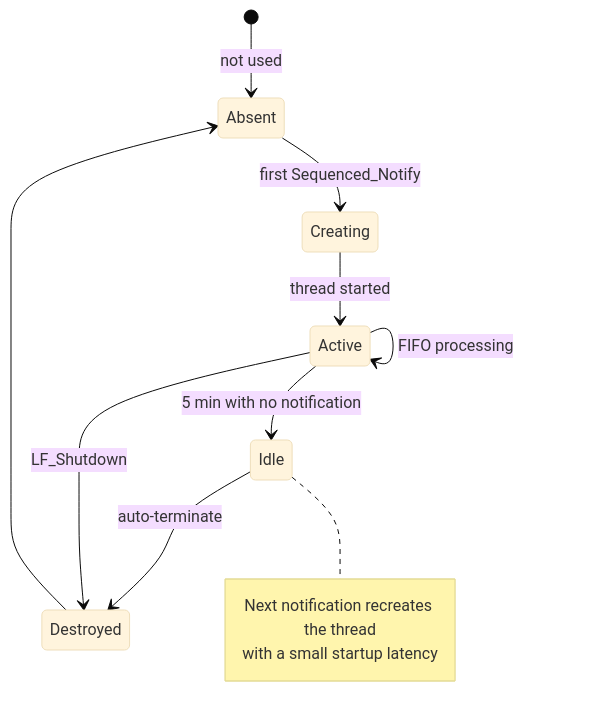
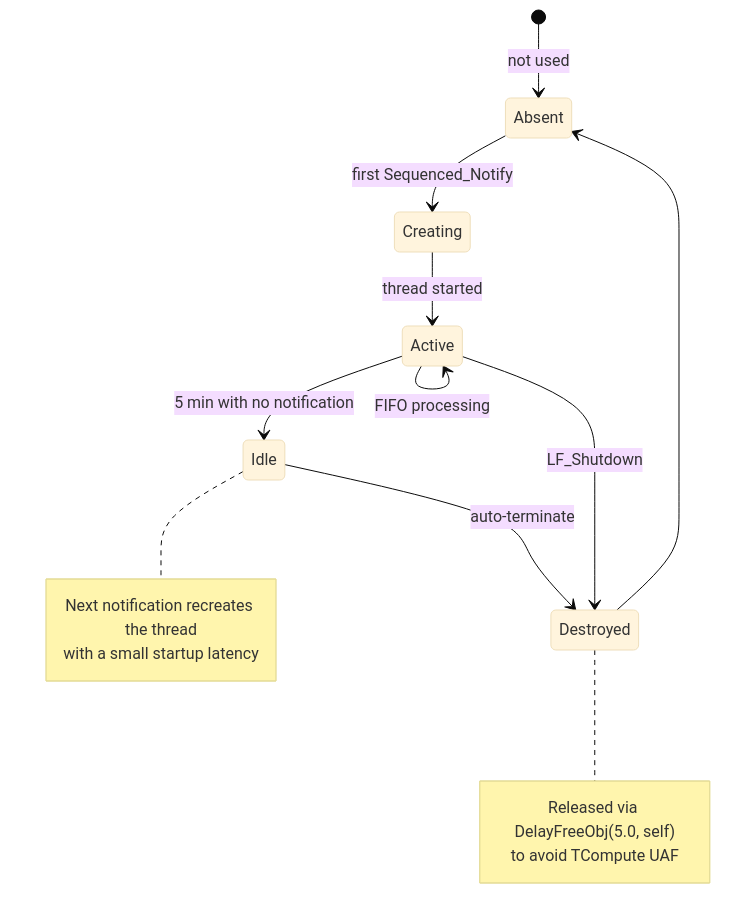
One commit to PassByYou888/LingoFuse changed diagram 22 of 26 in cpp/LingoFuse_Cpp_Knowledge_Base.md. Above: the diagram before and after it, drawn with Mermaid (base theme). The commit also changed other lines of this file and 111 other files, not shown here.

````diff
--- a/cpp/LingoFuse_Cpp_Knowledge_Base.md
+++ b/cpp/LingoFuse_Cpp_Knowledge_Base.md
@@ -1667,16 +1710,20 @@
 ```mermaid
 stateDiagram-v2
     [*] --> Absent: not used
     Absent --> Creating: first Sequenced_Notify
     Creating --> Active: thread started
     Active --> Active: FIFO processing
     Active --> Idle: 5 min with no notification
     Idle --> Destroyed: auto-terminate
     Destroyed --> Absent
     Active --> Destroyed: LF_Shutdown
 
     note right of Idle
         Next notification recreates the thread
         with a small startup latency
     end note
+    note right of Destroyed
+        Released via DelayFreeObj(5.0, self)
+        to avoid TCompute UAF
+    end note
 ```
````
